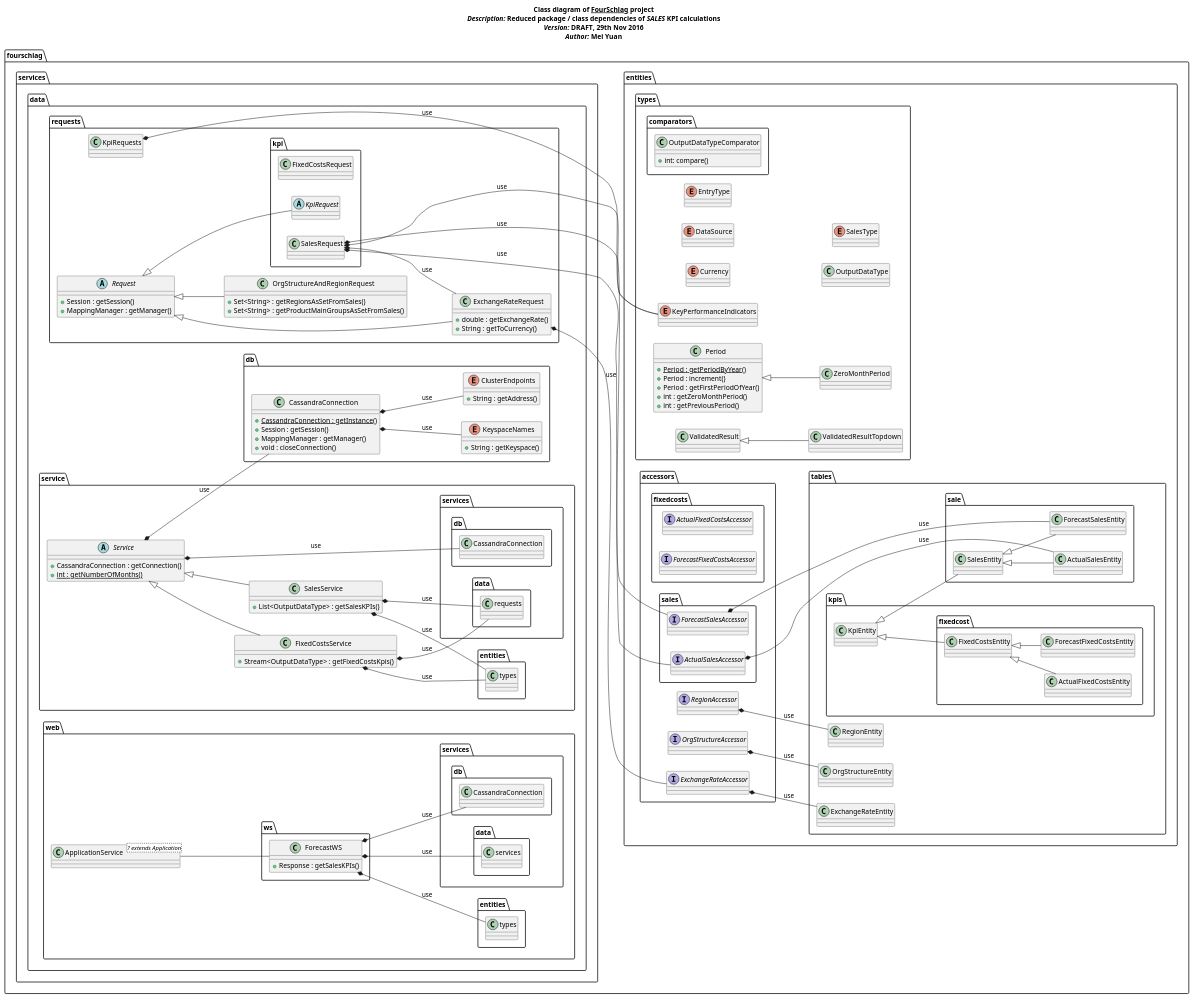
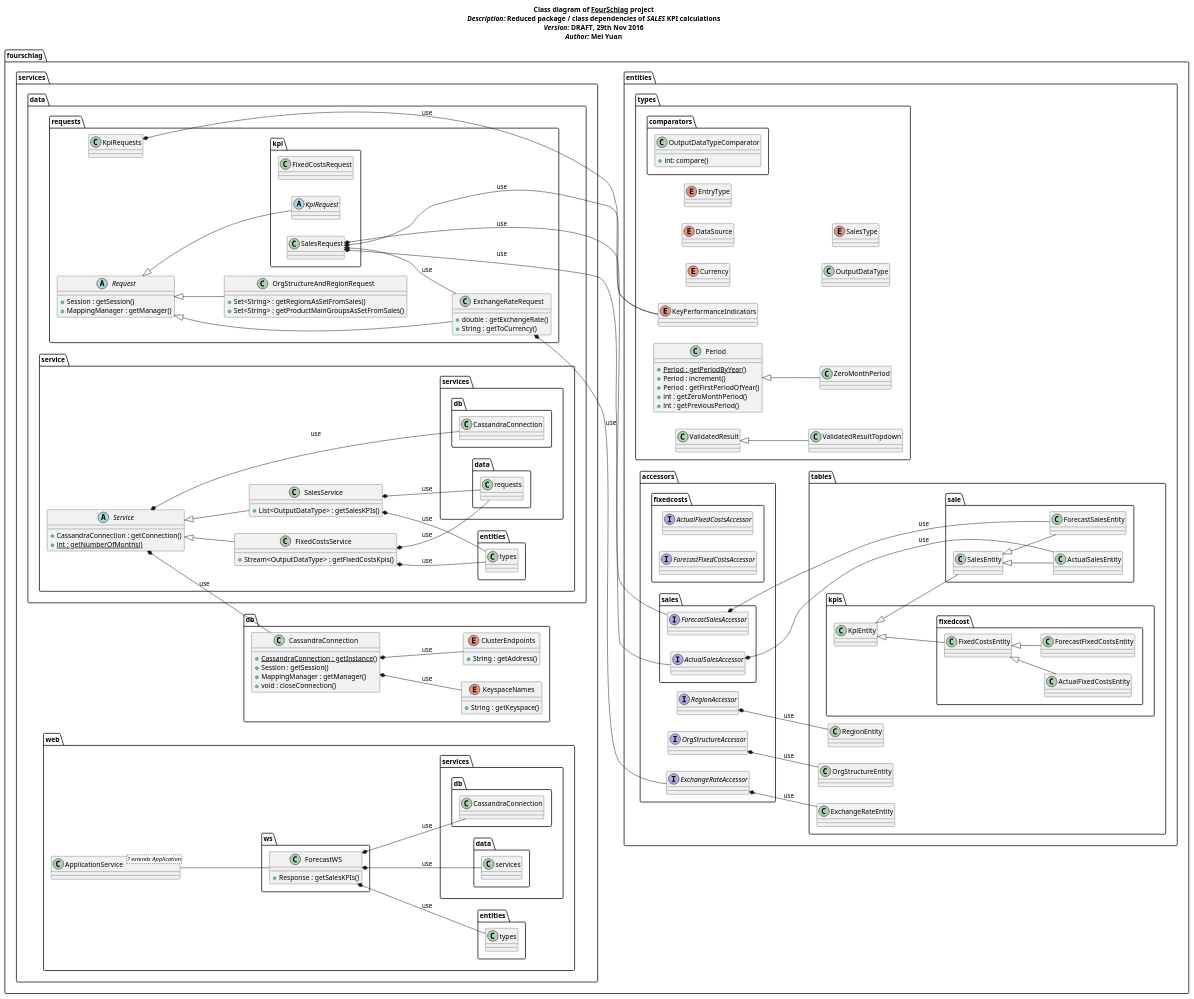
The diagram in diagrams/class/Klassendiagramm 29.11.16.puml (wagnst/forecast-cassandra), drawn with PlantUML before and after one commit. The commit also changed 1 other file, not shown here.

Commit message:
added some diagrams unfortunately on wrong cherry picked from json-compare
# Conflicts:
#	diagrams/class/Klassendiagramm 29.11.16.puml

```diff
--- a/diagrams/class/Klassendiagramm 29.11.16.puml
+++ b/diagrams/class/Klassendiagramm 29.11.16.puml
@@ -200,7 +200,7 @@
 
             }
 
-        package fourschlag.services.data.db {
+        package fourschlag.services.db {
             Enum KeyspaceNames {
                 +String : getKeyspace()
             }
@@ -224,8 +224,8 @@
             Service *-- CassandraConnection : use
         }
 
-        package fourschlag.services.data.web {
-            package fourschlag.services.data.web.ws {
+        package fourschlag.services.web {
+            package fourschlag.services.web.ws {
                 Class ForecastWS {
                     +Response : getSalesKPIs()
                 }
```
